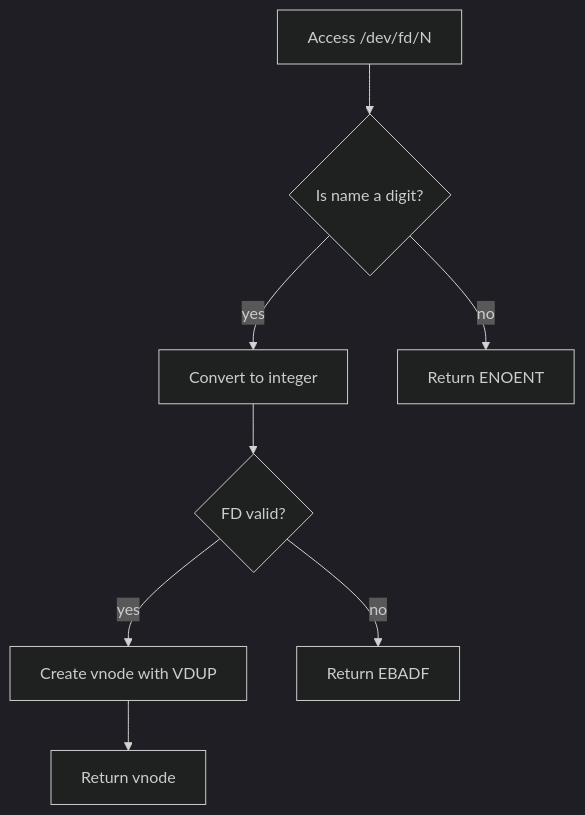
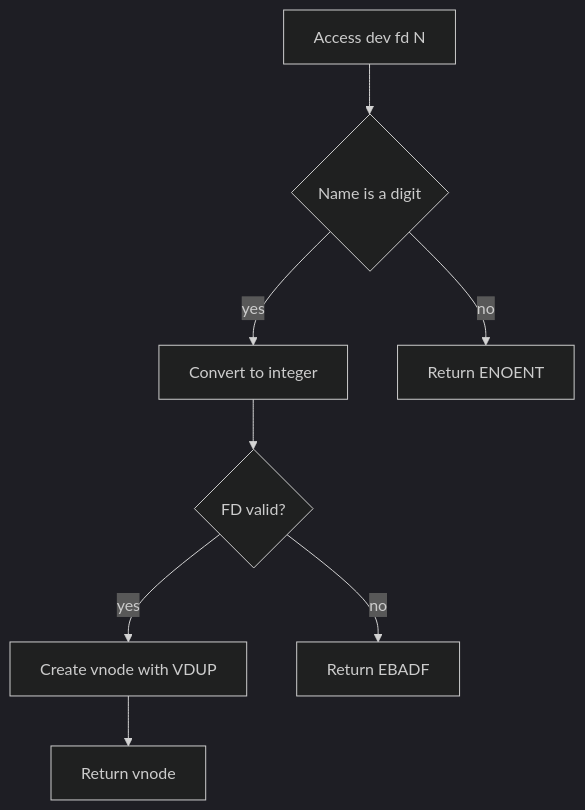
Before and after one commit to macsplit/unix_doc: the diagram in diagrams/3.5-fdfs-lookup.mmd, drawn with Mermaid (dark theme). The commit also changed 105 other files, not shown here.

Commit message:
added new charts and fleshed out remaining chapters

```diff
--- a/diagrams/3.5-fdfs-lookup.mmd
+++ b/diagrams/3.5-fdfs-lookup.mmd
@@ -1,8 +1,8 @@
-graph TD
-    A[Access /dev/fd/N] --> B{Is name a digit?}
+flowchart TD
+    A[Access dev fd N] --> B{Name is a digit}
     B -->|yes| C[Convert to integer]
     B -->|no| D[Return ENOENT]
     C --> E{FD valid?}
     E -->|yes| F[Create vnode with VDUP]
     E -->|no| G[Return EBADF]
     F --> H[Return vnode]
```
